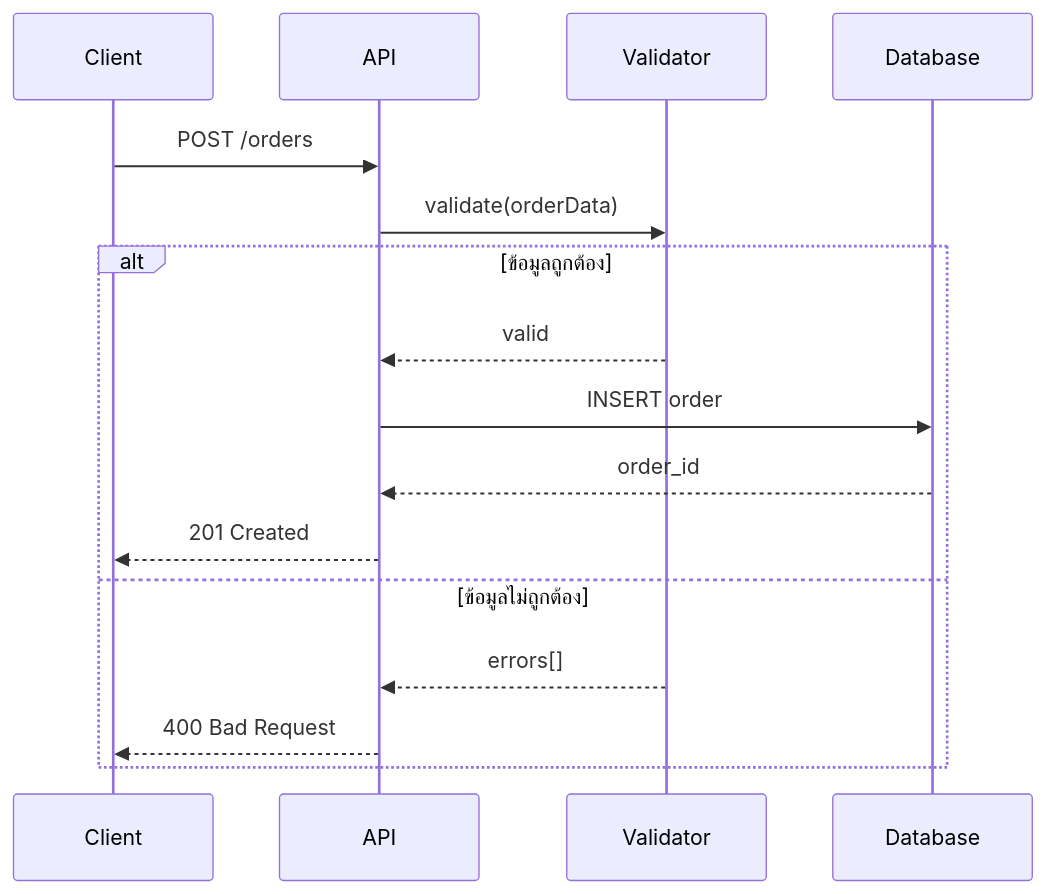
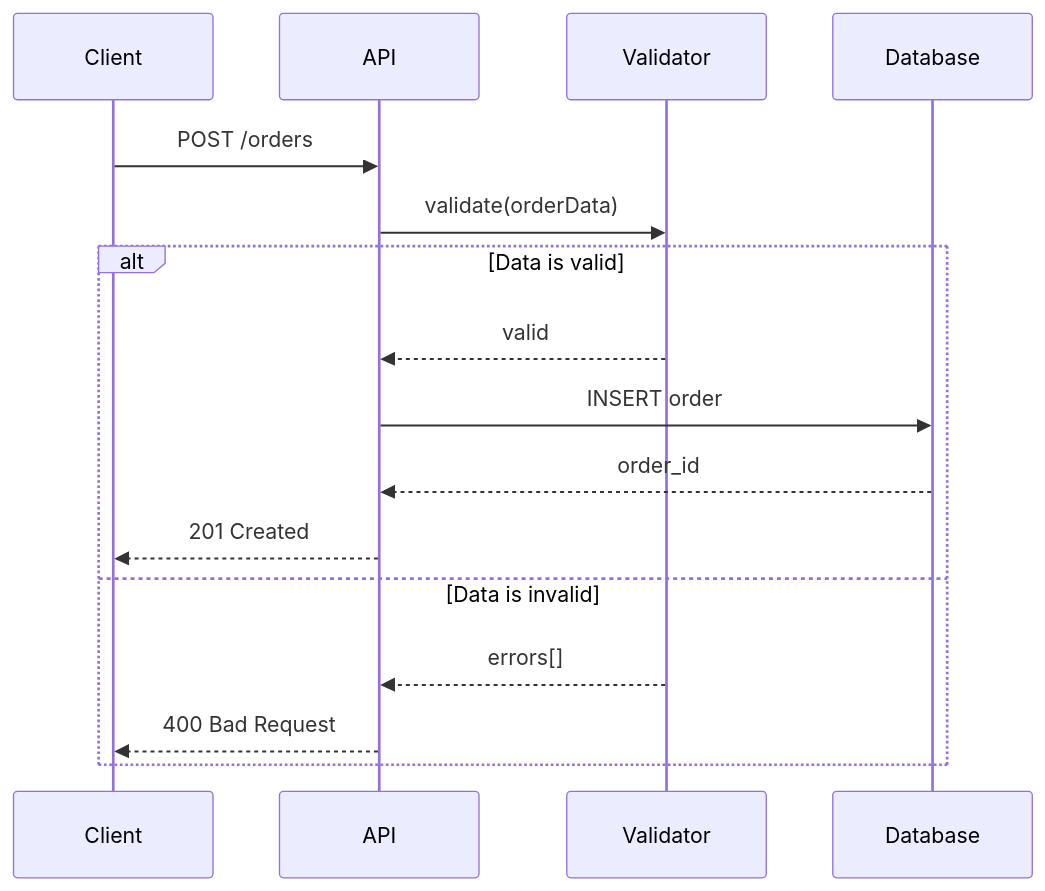
The ninth of 16 diagrams in plugins/system-design-doc/skills/system-design-doc/references/mermaid-patterns.md (mounchons/AgentMarketPlace), drawn with Mermaid before and after one commit. The commit also changed other lines of this file and 51 other files, not shown here.

````diff
--- a/plugins/system-design-doc/skills/system-design-doc/references/mermaid-patterns.md
+++ b/plugins/system-design-doc/skills/system-design-doc/references/mermaid-patterns.md
@@ -174,19 +174,19 @@
 ```mermaid
 sequenceDiagram
     participant C as Client
     participant A as API
     participant V as Validator
     participant DB as Database
 
     C->>A: POST /orders
     A->>V: validate(orderData)
-    alt ข้อมูลถูกต้อง
+    alt Data is valid
         V-->>A: valid
         A->>DB: INSERT order
         DB-->>A: order_id
         A-->>C: 201 Created
-    else ข้อมูลไม่ถูกต้อง
+    else Data is invalid
         V-->>A: errors[]
         A-->>C: 400 Bad Request
     end
 ```
````
